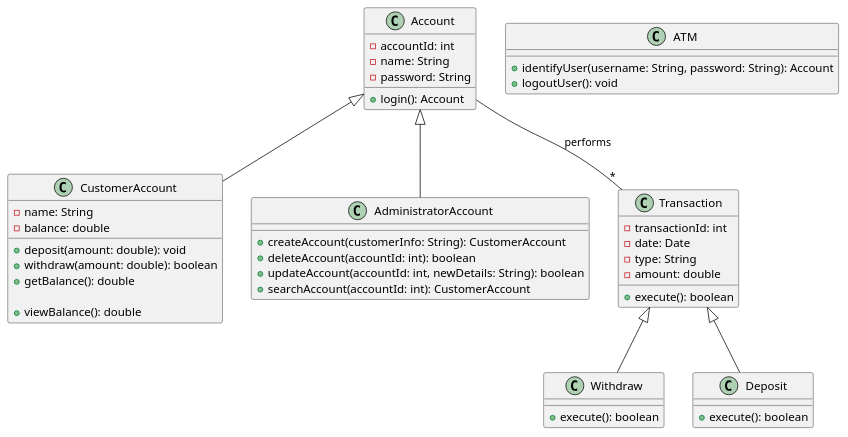
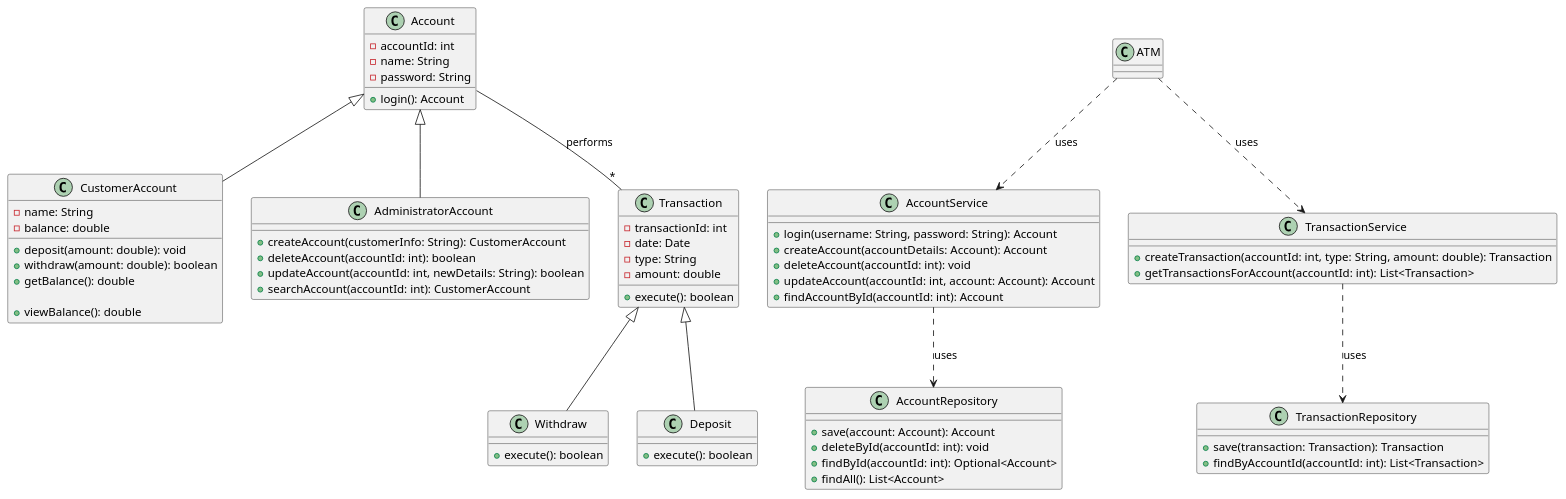
The diagram in written-part/class-diagrams/class-diagram.puml (mazyla/CS509midterm), drawn with PlantUML before and after one commit. The commit also changed 1 other file, not shown here.

Commit message:
updating class diagrams

```diff
--- a/written-part/class-diagrams/class-diagram.puml
+++ b/written-part/class-diagrams/class-diagram.puml
@@ -1,49 +1,78 @@
 @startuml Customer Account
 class Account {
     -accountId: int
     -name: String
     -password: String
     +login(): Account
 }
 
 class CustomerAccount extends Account {
     -name: String
     -balance: double
 
     +deposit(amount: double): void
     +withdraw(amount: double): boolean
     +getBalance(): double
 
     +viewBalance(): double
 }
 
 class AdministratorAccount extends Account {
     +createAccount(customerInfo: String): CustomerAccount
     +deleteAccount(accountId: int): boolean
     +updateAccount(accountId: int, newDetails: String): boolean
     +searchAccount(accountId: int): CustomerAccount
 }
 
 class Transaction {
     -transactionId: int
     -date: Date
     -type: String
     -amount: double
     +execute(): boolean
 }
 
 class Withdraw extends Transaction {
     +execute(): boolean
 }
 
 class Deposit extends Transaction {
     +execute(): boolean
 }
 
 Account -- "*" Transaction : performs
 
+class AccountService {
+    +login(username: String, password: String): Account
+    +createAccount(accountDetails: Account): Account
+    +deleteAccount(accountId: int): void
+    +updateAccount(accountId: int, account: Account): Account
+    +findAccountById(accountId: int): Account
+}
+
+class TransactionService {
+    +createTransaction(accountId: int, type: String, amount: double): Transaction
+    +getTransactionsForAccount(accountId: int): List<Transaction>
+}
+
+class AccountRepository {
+    +save(account: Account): Account
+    +deleteById(accountId: int): void
+    +findById(accountId: int): Optional<Account>
+    +findAll(): List<Account>
+}
+
+class TransactionRepository {
+    +save(transaction: Transaction): Transaction
+    +findByAccountId(accountId: int): List<Transaction>
+}
+
+AccountService ..> AccountRepository : uses
+TransactionService ..> TransactionRepository : uses
+
 class ATM {
-    +identifyUser(username: String, password: String): Account
-    +logoutUser(): void
 }
+
+ATM ..> AccountService: uses
+ATM ..> TransactionService: uses
 @enduml
```
